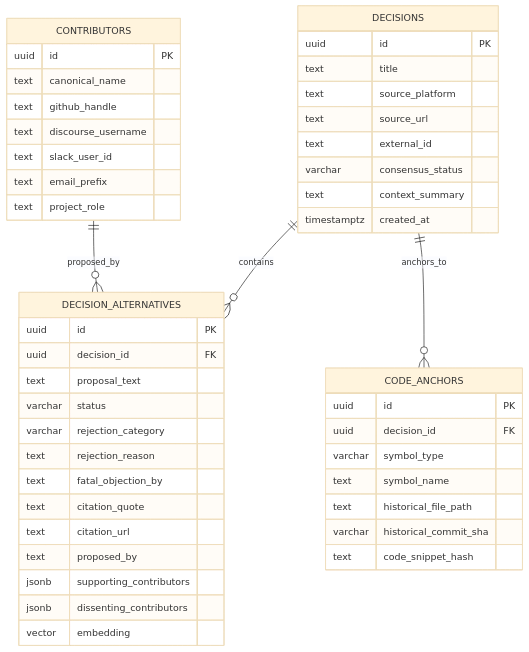
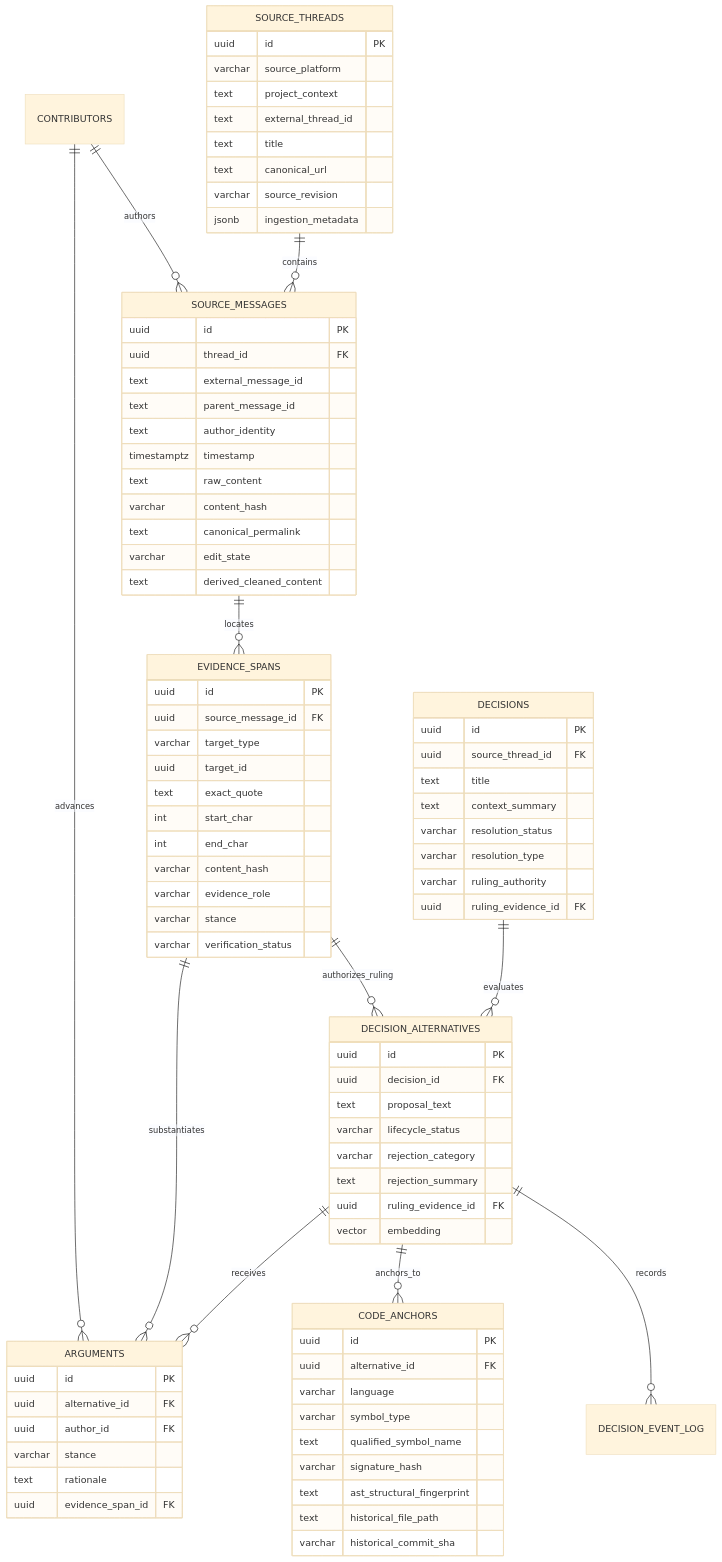
One commit to MRiARC/biscuit changed the first of 2 diagrams in docs/STORAGE_AND_RETRIEVAL.md. Above: the diagram before and after it, drawn with Mermaid (base theme). The commit also changed other lines of this file and 2 other files, not shown here.

Commit message:
docs: strengthen evidence provenance, decision states, and code anchors (fixes #5)

````diff
--- a/docs/STORAGE_AND_RETRIEVAL.md
+++ b/docs/STORAGE_AND_RETRIEVAL.md
@@ -67,53 +42,95 @@
 ```mermaid
 erDiagram
-    DECISIONS ||--o{ DECISION_ALTERNATIVES : "contains"
-    DECISIONS ||--o{ CODE_ANCHORS : "anchors_to"
-    CONTRIBUTORS ||--o{ DECISION_ALTERNATIVES : "proposed_by"
-    
+    SOURCE_THREADS ||--o{ SOURCE_MESSAGES : "contains"
+    SOURCE_MESSAGES ||--o{ EVIDENCE_SPANS : "locates"
+    DECISIONS ||--o{ DECISION_ALTERNATIVES : "evaluates"
+    DECISION_ALTERNATIVES ||--o{ ARGUMENTS : "receives"
+    DECISION_ALTERNATIVES ||--o{ CODE_ANCHORS : "anchors_to"
+    DECISION_ALTERNATIVES ||--o{ DECISION_EVENT_LOG : "records"
+    EVIDENCE_SPANS ||--o{ ARGUMENTS : "substantiates"
+    EVIDENCE_SPANS ||--o{ DECISION_ALTERNATIVES : "authorizes_ruling"
+    CONTRIBUTORS ||--o{ SOURCE_MESSAGES : "authors"
+    CONTRIBUTORS ||--o{ ARGUMENTS : "advances"
+
+    SOURCE_THREADS {
+        uuid id PK
+        varchar source_platform
+        text project_context
+        text external_thread_id
+        text title
+        text canonical_url
+        varchar source_revision
+        jsonb ingestion_metadata
+    }
+
+    SOURCE_MESSAGES {
+        uuid id PK
+        uuid thread_id FK
+        text external_message_id
+        text parent_message_id
+        text author_identity
+        timestamptz timestamp
+        text raw_content
+        varchar content_hash
+        text canonical_permalink
+        varchar edit_state
+        text derived_cleaned_content
+    }
+
+    EVIDENCE_SPANS {
+        uuid id PK
+        uuid source_message_id FK
+        varchar target_type
+        uuid target_id
+        text exact_quote
+        int start_char
+        int end_char
+        varchar content_hash
+        varchar evidence_role
+        varchar stance
+        varchar verification_status
+    }
+
     DECISIONS {
         uuid id PK
+        uuid source_thread_id FK
         text title
-        text source_platform
-        text source_url
-        text external_id
-        varchar consensus_status
         text context_summary
-        timestamptz created_at
+        varchar resolution_status
+        varchar resolution_type
+        varchar ruling_authority
+        uuid ruling_evidence_id FK
     }
 
     DECISION_ALTERNATIVES {
         uuid id PK
         uuid decision_id FK
         text proposal_text
-        varchar status
+        varchar lifecycle_status
         varchar rejection_category
-        text rejection_reason
-        text fatal_objection_by
-        text citation_quote
-        text citation_url
-        text proposed_by
-        jsonb supporting_contributors
-        jsonb dissenting_contributors
+        text rejection_summary
+        uuid ruling_evidence_id FK
         vector embedding
+    }
+
+    ARGUMENTS {
+        uuid id PK
+        uuid alternative_id FK
+        uuid author_id FK
+        varchar stance
+        text rationale
+        uuid evidence_span_id FK
     }
 
     CODE_ANCHORS {
         uuid id PK
-        uuid decision_id FK
+        uuid alternative_id FK
+        varchar language
         varchar symbol_type
-        text symbol_name
+        text qualified_symbol_name
+        varchar signature_hash
+        text ast_structural_fingerprint
         text historical_file_path
         varchar historical_commit_sha
-        text code_snippet_hash
-    }
-
-    CONTRIBUTORS {
-        uuid id PK
-        text canonical_name
-        text github_handle
-        text discourse_username
-        text slack_user_id
-        text email_prefix
-        text project_role
     }
 ```
````
